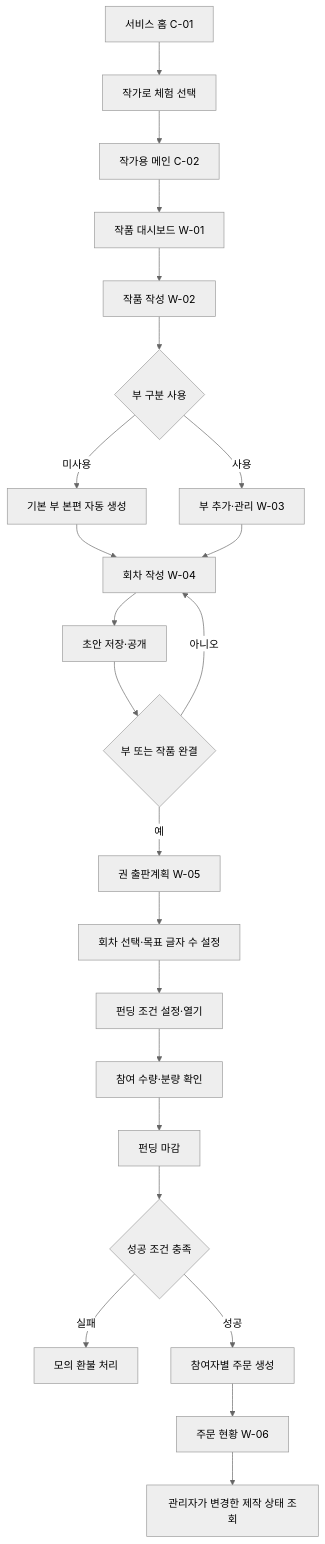
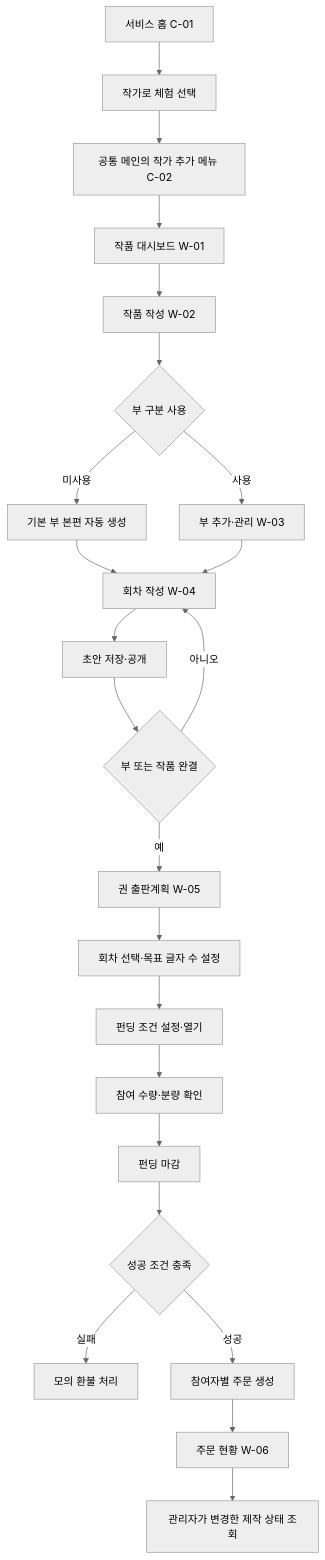
One commit to 021Skyfall/novelkeep changed the second of 3 diagrams in docs/05_화면_정의서.md. Above: the diagram before and after it, drawn with Mermaid (neutral theme). The commit also changed other lines of this file and 21 other files, not shown here.

````diff
--- a/docs/05_화면_정의서.md
+++ b/docs/05_화면_정의서.md
@@ -322,25 +337,25 @@
 ```mermaid
 flowchart TD
     A["서비스 홈 C-01"] --> A1["작가로 체험 선택"]
-    A1 --> A2["작가용 메인 C-02"]
+    A1 --> A2["공통 메인의 작가 추가 메뉴 C-02"]
     A2 --> B["작품 대시보드 W-01"]
     B --> C["작품 작성 W-02"]
     C --> D{"부 구분 사용"}
     D -->|미사용| E["기본 부 본편 자동 생성"]
     D -->|사용| F["부 추가·관리 W-03"]
     E --> G["회차 작성 W-04"]
     F --> G
     G --> H["초안 저장·공개"]
     H --> I{"부 또는 작품 완결"}
     I -->|아니오| G
     I -->|예| J["권 출판계획 W-05"]
     J --> K["회차 선택·목표 글자 수 설정"]
     K --> L["펀딩 조건 설정·열기"]
     L --> M["참여 수량·분량 확인"]
     M --> N["펀딩 마감"]
     N --> O{"성공 조건 충족"}
     O -->|실패| P["모의 환불 처리"]
     O -->|성공| Q["참여자별 주문 생성"]
     Q --> R["주문 현황 W-06"]
     R --> S["관리자가 변경한 제작 상태 조회"]
 ```
````
